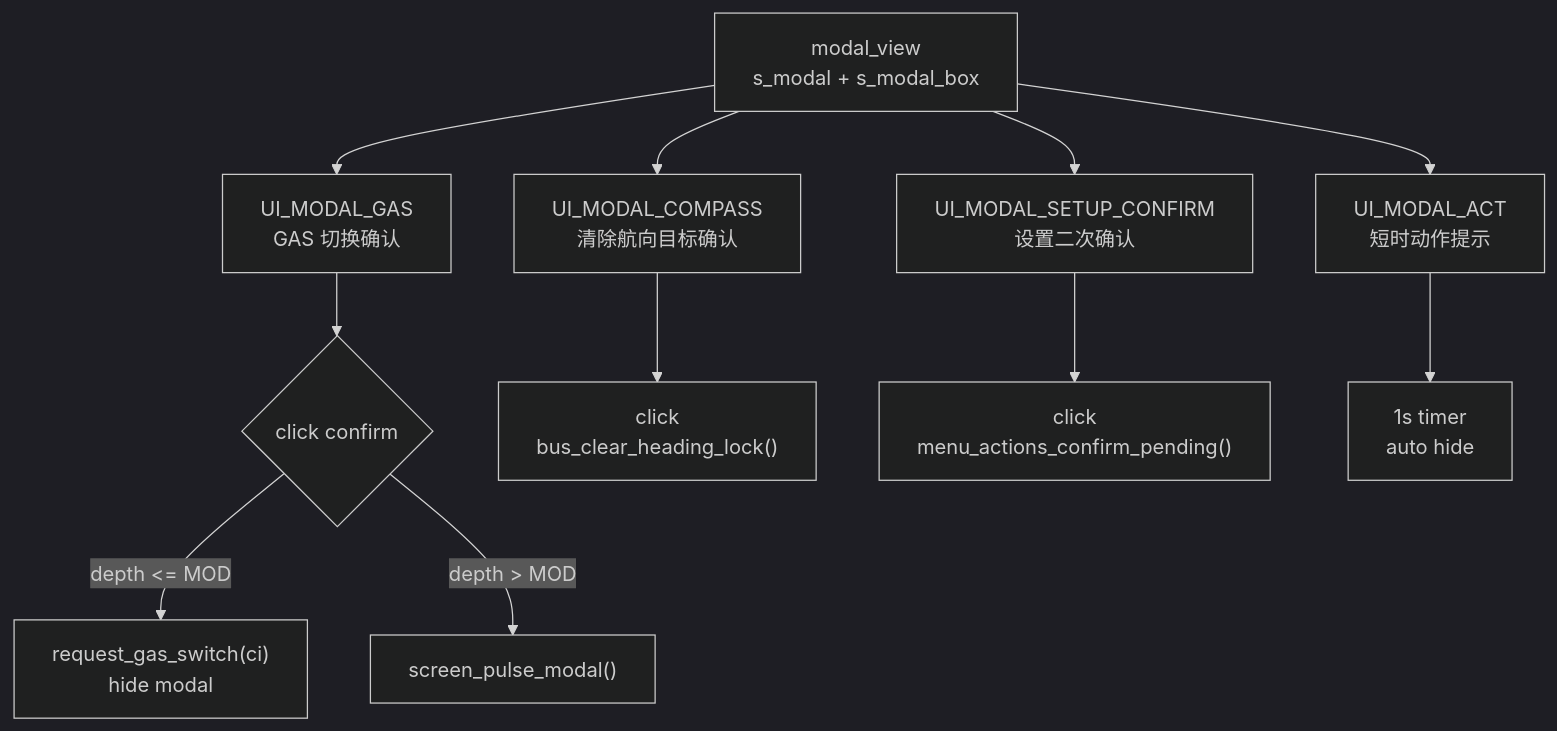
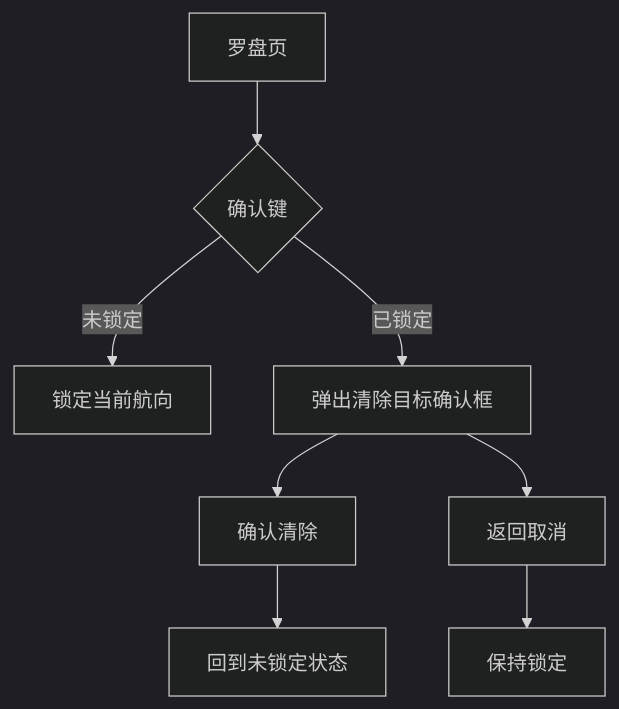
One commit to arexvision/lv_port_win_codeblocks-release-v8.3_hasGroup changed the eighth of 12 diagrams in UI_html_DOC/UI_STATE_LOGIC.md. Above: the diagram before and after it, drawn with Mermaid (dark theme). The commit also changed other lines of this file, not shown here.

````diff
--- a/UI_html_DOC/UI_STATE_LOGIC.md
+++ b/UI_html_DOC/UI_STATE_LOGIC.md
@@ -426,15 +206,10 @@
 ```mermaid
 flowchart TB
-    ModalLayer["modal_view<br/>s_modal + s_modal_box"] --> Gas["UI_MODAL_GAS<br/>GAS 切换确认"]
-    ModalLayer --> Compass["UI_MODAL_COMPASS<br/>清除航向目标确认"]
-    ModalLayer --> SetupConfirm["UI_MODAL_SETUP_CONFIRM<br/>设置二次确认"]
-    ModalLayer --> Act["UI_MODAL_ACT<br/>短时动作提示"]
-
-    Gas --> GasConfirm{"click confirm"}
-    GasConfirm -->|"depth <= MOD"| GasRequest["request_gas_switch(ci)<br/>hide modal"]
-    GasConfirm -->|"depth > MOD"| GasPulse["screen_pulse_modal()"]
-
-    Compass --> CompassConfirm["click<br/>bus_clear_heading_lock()"]
-    SetupConfirm --> SettingConfirm["click<br/>menu_actions_confirm_pending()"]
-    Act --> Timer["1s timer<br/>auto hide"]
+    Compass["罗盘页"] --> Click1{"确认键"}
+    Click1 -->|"未锁定"| Lock["锁定当前航向"]
+    Click1 -->|"已锁定"| ClearModal["弹出清除目标确认框"]
+    ClearModal --> Confirm["确认清除"]
+    ClearModal --> Back["返回取消"]
+    Confirm --> Unlocked["回到未锁定状态"]
+    Back --> Locked["保持锁定"]
 ```
````
